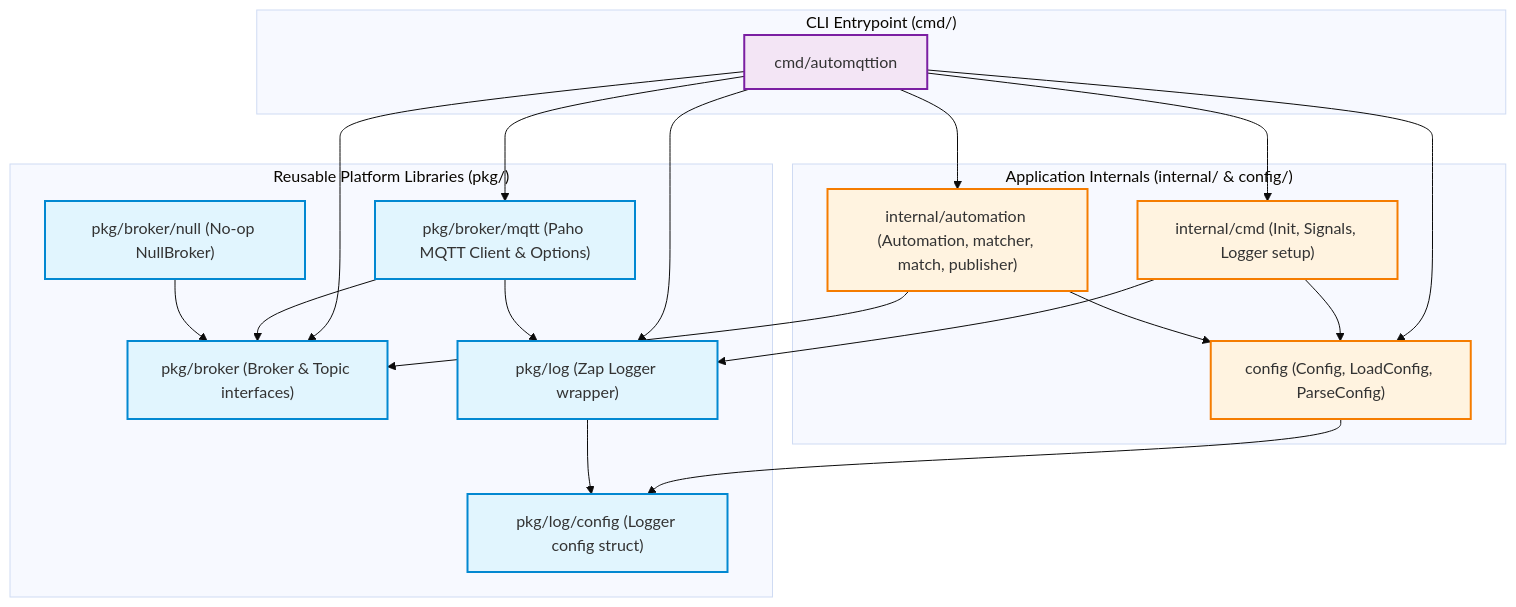
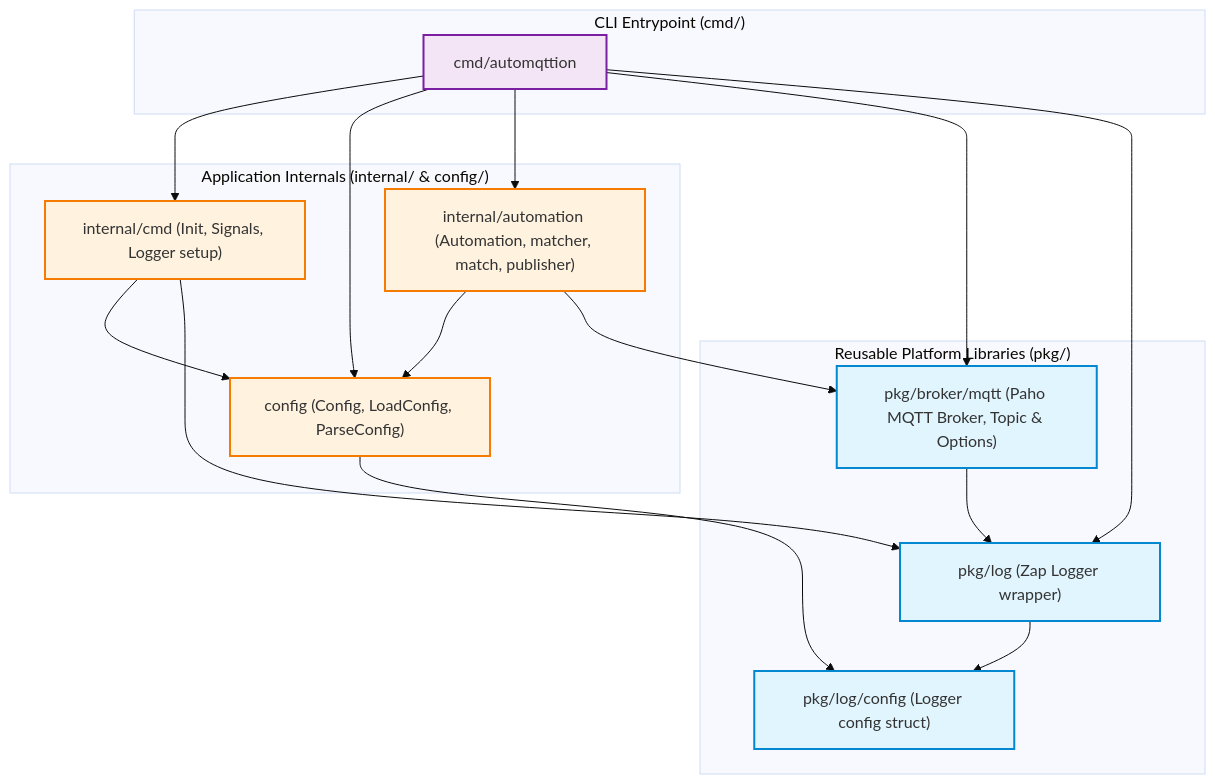
One commit to MyChaOS87/automqttion changed the first of 3 diagrams in docs/ARCHITECTURE.md. Above: the diagram before and after it, drawn with Mermaid (base theme). The commit also changed other lines of this file and 20 other files, not shown here.

First line of the commit message:
bugfix(mqtt): re-subscribe topics on broker reconnect

````diff
--- a/docs/ARCHITECTURE.md
+++ b/docs/ARCHITECTURE.md
@@ -12,50 +12,44 @@
 ```mermaid
 flowchart TD
     subgraph CLI["CLI Entrypoint (cmd/)"]
         cmdEntry["cmd/automqttion"]
     end
 
     subgraph Internal["Application Internals (internal/ & config/)"]
         cfg["config (Config, LoadConfig, ParseConfig)"]
         cmdInit["internal/cmd (Init, Signals, Logger setup)"]
         auto["internal/automation (Automation, matcher, match, publisher)"]
     end
 
     subgraph Pkg["Reusable Platform Libraries (pkg/)"]
-        brokerPkg["pkg/broker (Broker & Topic interfaces)"]
-        mqttPkg["pkg/broker/mqtt (Paho MQTT Client & Options)"]
-        nullPkg["pkg/broker/null (No-op NullBroker)"]
+        mqttPkg["pkg/broker/mqtt (Paho MQTT Broker, Topic & Options)"]
         logPkg["pkg/log (Zap Logger wrapper)"]
         logCfg["pkg/log/config (Logger config struct)"]
     end
 
     cmdEntry --> cmdInit
     cmdEntry --> cfg
     cmdEntry --> auto
-    cmdEntry --> brokerPkg
     cmdEntry --> mqttPkg
     cmdEntry --> logPkg
 
     cmdInit --> cfg
     cmdInit --> logPkg
 
     auto --> cfg
-    auto --> brokerPkg
+    auto --> mqttPkg
 
     cfg --> logCfg
 
-    mqttPkg --> brokerPkg
     mqttPkg --> logPkg
-
-    nullPkg --> brokerPkg
 
     logPkg --> logCfg
 
     classDef pkgClass fill:#e1f5fe,stroke:#0288d1,stroke-width:2px;
     classDef internalClass fill:#fff3e0,stroke:#f57c00,stroke-width:2px;
     classDef cliClass fill:#f3e5f5,stroke:#7b1fa2,stroke-width:2px;
 
     class cmdEntry cliClass;
     class cfg,cmdInit,auto internalClass;
-    class brokerPkg,mqttPkg,nullPkg,logPkg,logCfg pkgClass;
+    class mqttPkg,logPkg,logCfg pkgClass;
 ```
````
